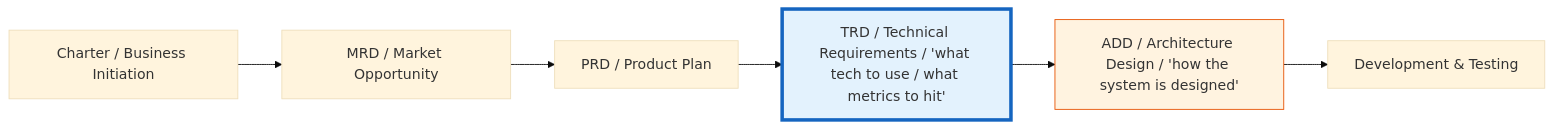
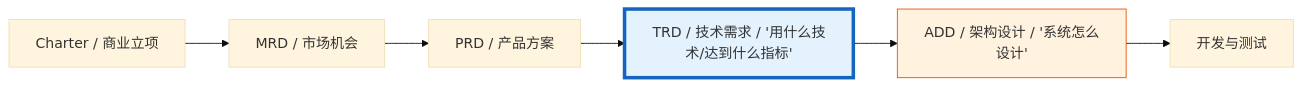
Before and after one commit to Kirky-X/cangjie: the first of 3 diagrams in templates/Product/Technology/Template-TRD.md, drawn with Mermaid (base theme). The commit also changed other lines of this file and 33 other files, not shown here.

````diff
--- a/templates/Product/Technology/Template-TRD.md
+++ b/templates/Product/Technology/Template-TRD.md
@@ -25,10 +25,10 @@
 ```mermaid
 graph LR
-    A[Charter / Business Initiation] --> B[MRD / Market Opportunity]
-    B --> C[PRD / Product Plan]
-    C --> D[TRD / Technical Requirements / 'what tech to use / what metrics to hit']
-    D --> E[ADD / Architecture Design / 'how the system is designed']
-    E --> F[Development & Testing]
+    A[Charter / 商业立项] --> B[MRD / 市场机会]
+    B --> C[PRD / 产品方案]
+    C --> D[TRD / 技术需求 / '用什么技术/达到什么指标']
+    D --> E[ADD / 架构设计 / '系统怎么设计']
+    E --> F[开发与测试]
     style D fill:#e3f2fd,stroke:#1565c0,stroke-width:4px
     style E fill:#fff3e0,stroke:#e65100
 ```
````
